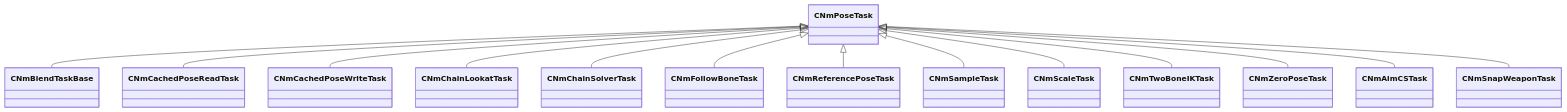
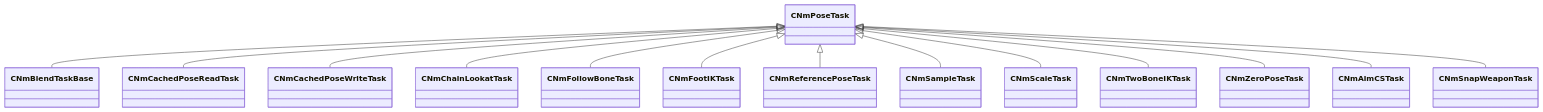
Before and after one commit to sid2934/CS2-OpenDevDocs: diagram 25 of 34 in docs/schemas/animlib.md, drawn with Mermaid. The commit also changed other lines of this file and 45 other files, not shown here.

````diff
--- a/docs/schemas/animlib.md
+++ b/docs/schemas/animlib.md
@@ -1036,16 +1051,16 @@
 ```mermaid
 classDiagram
     CNmPoseTask <|-- CNmBlendTaskBase
     CNmPoseTask <|-- CNmCachedPoseReadTask
     CNmPoseTask <|-- CNmCachedPoseWriteTask
     CNmPoseTask <|-- CNmChainLookatTask
-    CNmPoseTask <|-- CNmChainSolverTask
     CNmPoseTask <|-- CNmFollowBoneTask
+    CNmPoseTask <|-- CNmFootIKTask
     CNmPoseTask <|-- CNmReferencePoseTask
     CNmPoseTask <|-- CNmSampleTask
     CNmPoseTask <|-- CNmScaleTask
     CNmPoseTask <|-- CNmTwoBoneIKTask
     CNmPoseTask <|-- CNmZeroPoseTask
     CNmPoseTask <|-- CNmAimCSTask
     CNmPoseTask <|-- CNmSnapWeaponTask
 ```
````
